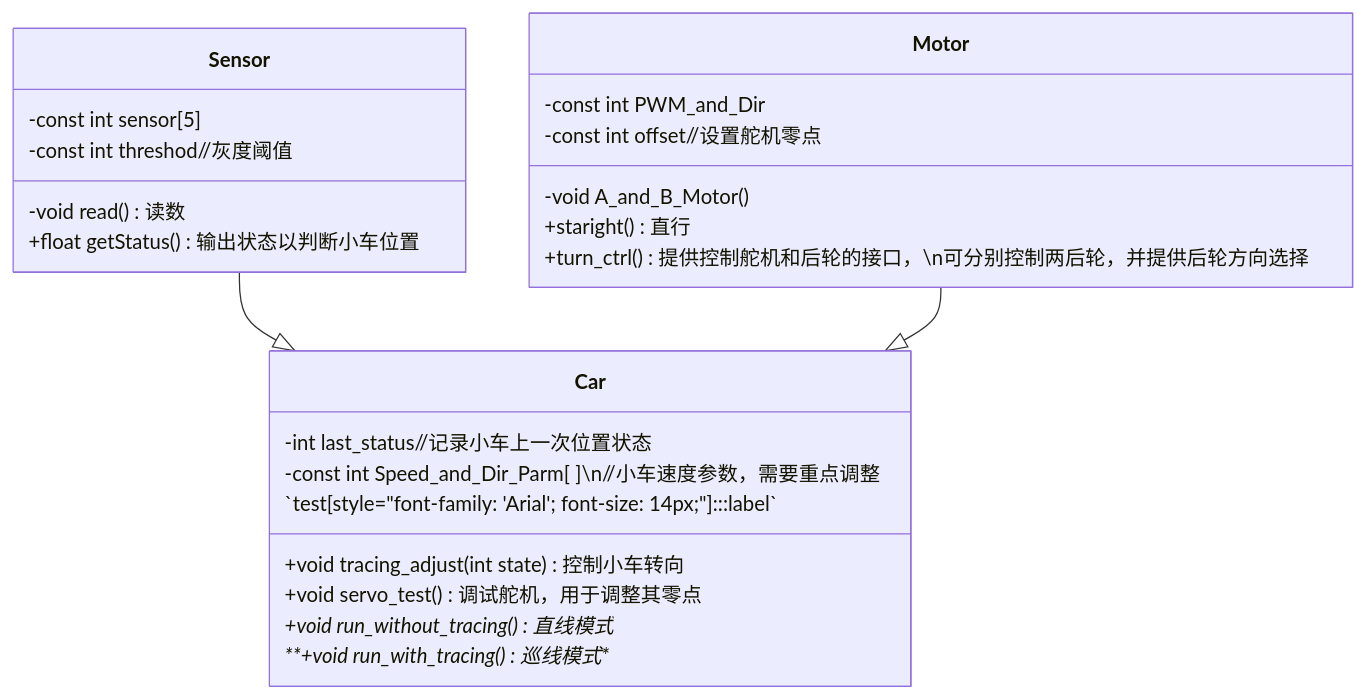
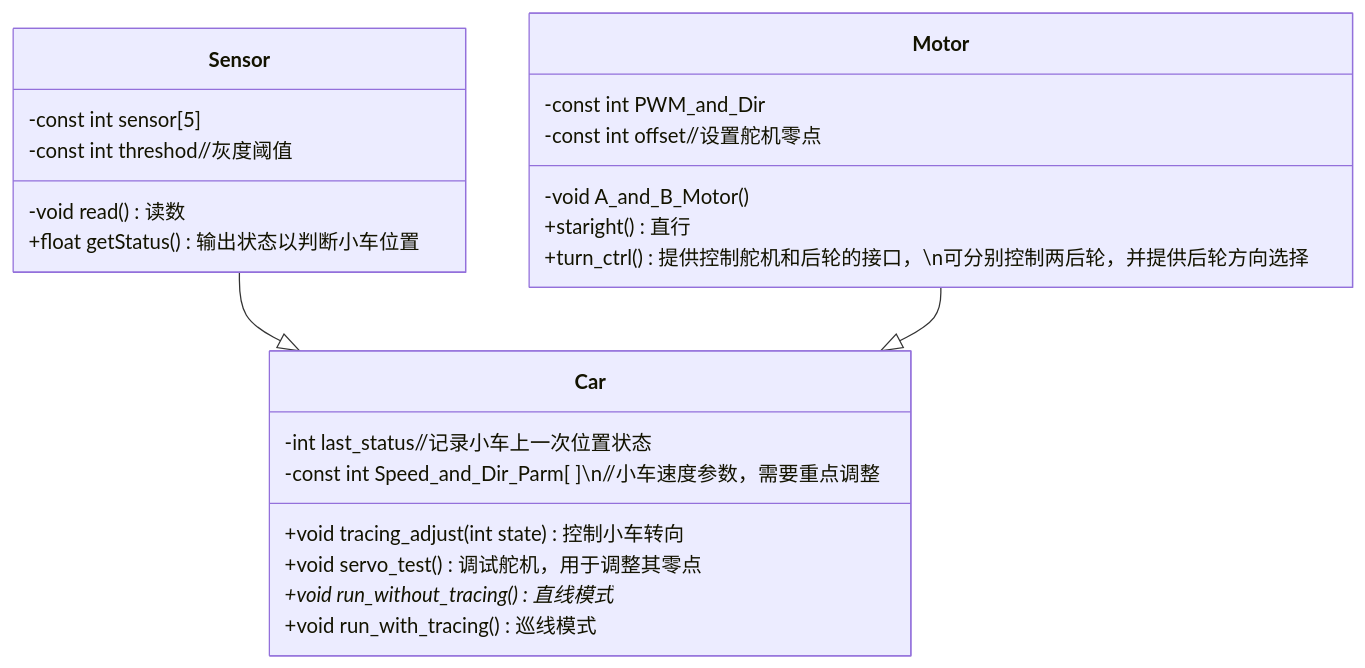
The diagram in README.md (0kitasan/TracingCar), drawn with Mermaid before and after one commit.

````diff
--- a/README.md
+++ b/README.md
@@ -8,28 +8,27 @@
 ``` mermaid
 classDiagram
     Sensor --|> Car
     Motor --|> Car
     class Sensor{
         -const int sensor[5]
         -const int threshod//灰度阈值
         -void read()读数
         +float getStatus()输出状态以判断小车位置
     }
     class Motor{
         -const int PWM_and_Dir
         -const int offset//设置舵机零点
         
         -void A_and_B_Motor()
         +staright()直行
         +turn_ctrl()提供控制舵机和后轮的接口，\n可分别控制两后轮，并提供后轮方向选择
     }
     class Car{
         -int last_status//记录小车上一次位置状态
         -const int Speed_and_Dir_Parm[ ]\n//小车速度参数，需要重点调整
         +void tracing_adjust(int state)控制小车转向
         +void servo_test()调试舵机，用于调整其零点
         +void run_without_tracing()直线模式*
-        **+void run_with_tracing()巡线模式**
-        `test[style="font-family: 'Arial'; font-size: 14px;"]:::label`
+        +void run_with_tracing()巡线模式
     }
 ```
````
